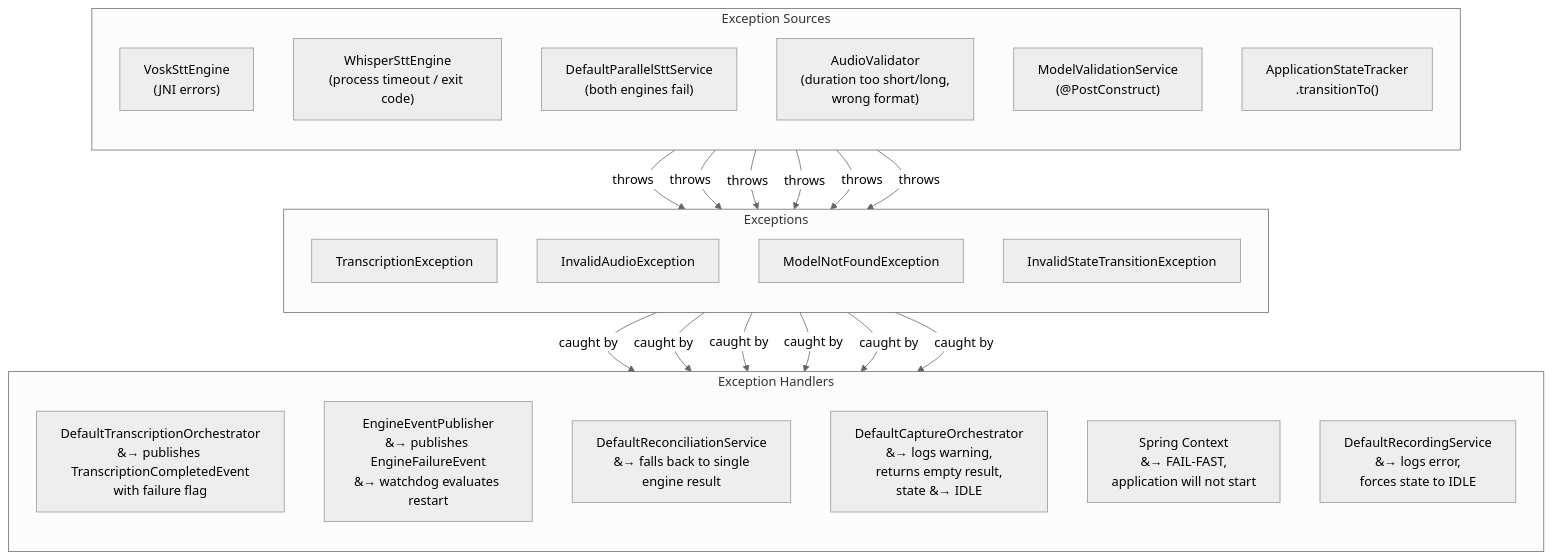
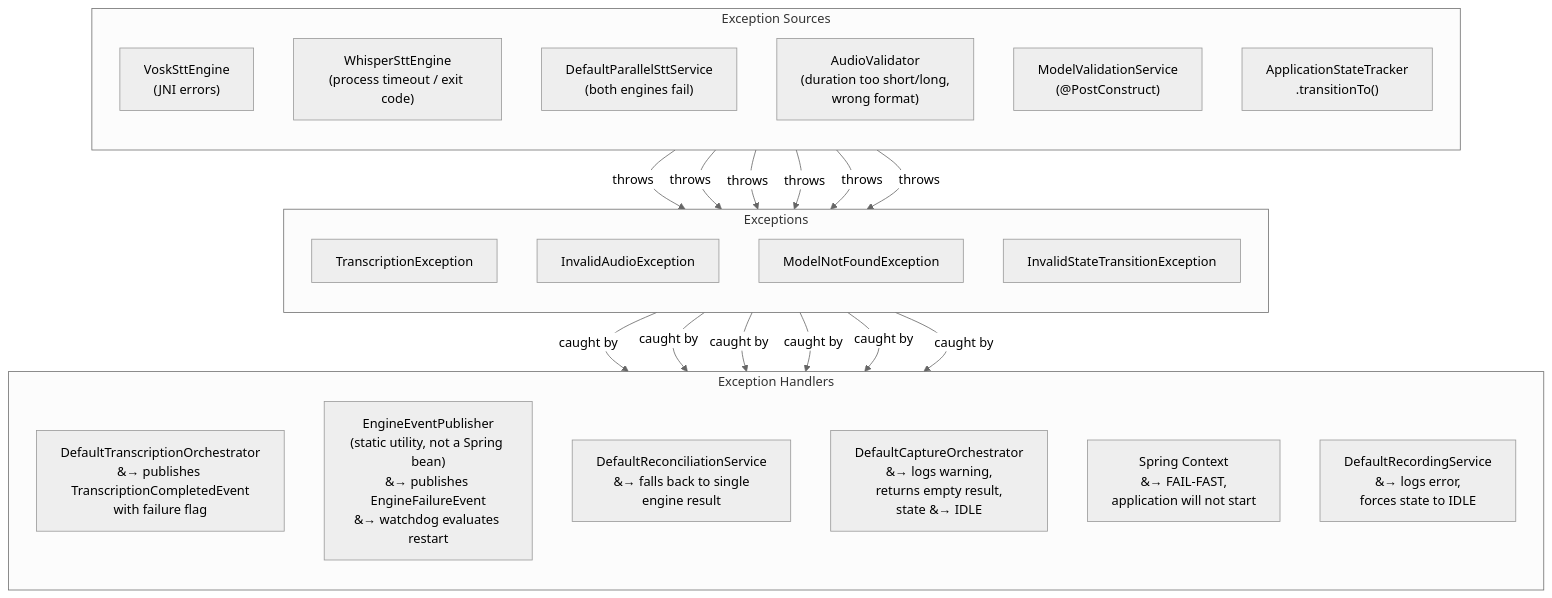
Before and after one commit to phillippitts/speakToMack: the second of 7 diagrams in docs/diagrams/exception-flow.md, drawn with Mermaid (neutral theme). The commit also changed other lines of this file and 499 other files, not shown here.

````diff
--- a/docs/diagrams/exception-flow.md
+++ b/docs/diagrams/exception-flow.md
@@ -56,44 +58,44 @@
 ```mermaid
 flowchart TB
     subgraph THROWN_BY["Exception Sources"]
         direction TB
         Vosk["VoskSttEngine<br/>(JNI errors)"]
         Whisper["WhisperSttEngine<br/>(process timeout / exit code)"]
         ParallelStt["DefaultParallelSttService<br/>(both engines fail)"]
         AudioVal["AudioValidator<br/>(duration too short/long,<br/>wrong format)"]
         ModelVal["ModelValidationService<br/>(@PostConstruct)"]
         StateTracker["ApplicationStateTracker<br/>.transitionTo()"]
     end
 
     subgraph EXCEPTIONS["Exceptions"]
         direction TB
         TE["TranscriptionException"]
         IAE["InvalidAudioException"]
         MNFE["ModelNotFoundException"]
         ISTE["InvalidStateTransitionException"]
     end
 
     subgraph CAUGHT_BY["Exception Handlers"]
         direction TB
         Orch["DefaultTranscriptionOrchestrator<br/>&#8594; publishes TranscriptionCompletedEvent<br/>with failure flag"]
-        EngPub["EngineEventPublisher<br/>&#8594; publishes EngineFailureEvent<br/>&#8594; watchdog evaluates restart"]
+        EngPub["EngineEventPublisher<br/>(static utility, not a Spring bean)<br/>&#8594; publishes EngineFailureEvent<br/>&#8594; watchdog evaluates restart"]
         Recon["DefaultReconciliationService<br/>&#8594; falls back to single<br/>engine result"]
         CapOrch["DefaultCaptureOrchestrator<br/>&#8594; logs warning,<br/>returns empty result,<br/>state &#8594; IDLE"]
         Spring["Spring Context<br/>&#8594; FAIL-FAST,<br/>application will not start"]
         RecSvc["DefaultRecordingService<br/>&#8594; logs error,<br/>forces state to IDLE"]
     end
 
     Vosk -->|throws| TE
     Whisper -->|throws| TE
     ParallelStt -->|throws| TE
     AudioVal -->|throws| IAE
     ModelVal -->|throws| MNFE
     StateTracker -->|throws| ISTE
 
     TE -->|caught by| Orch
     TE -->|caught by| EngPub
     TE -->|caught by| Recon
     IAE -->|caught by| CapOrch
     MNFE -->|caught by| Spring
     ISTE -->|caught by| RecSvc
 ```
````
